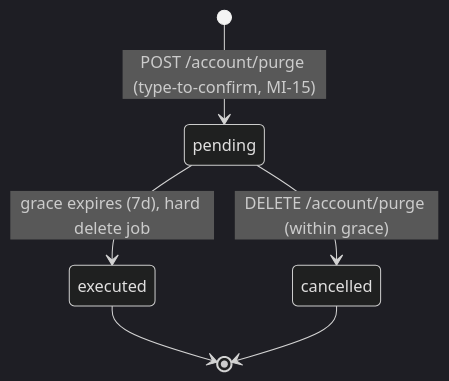
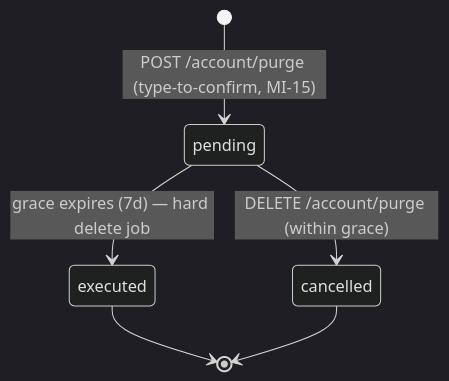
Before and after one commit to cuesoftinc/expendit: the diagram in docs/flows/rights.md, drawn with Mermaid (dark theme). The commit also changed other lines of this file and 23 other files, not shown here.

````diff
--- a/docs/flows/rights.md
+++ b/docs/flows/rights.md
@@ -22,8 +22,8 @@
 ```mermaid
 stateDiagram-v2
     [*] --> pending : POST /account/purge (type-to-confirm, MI-15)
     pending --> cancelled : DELETE /account/purge (within grace)
-    pending --> executed : grace expires (7d), hard delete job
+    pending --> executed : grace expires (7d) — hard delete job
     executed --> [*]
     cancelled --> [*]
 ```
````
